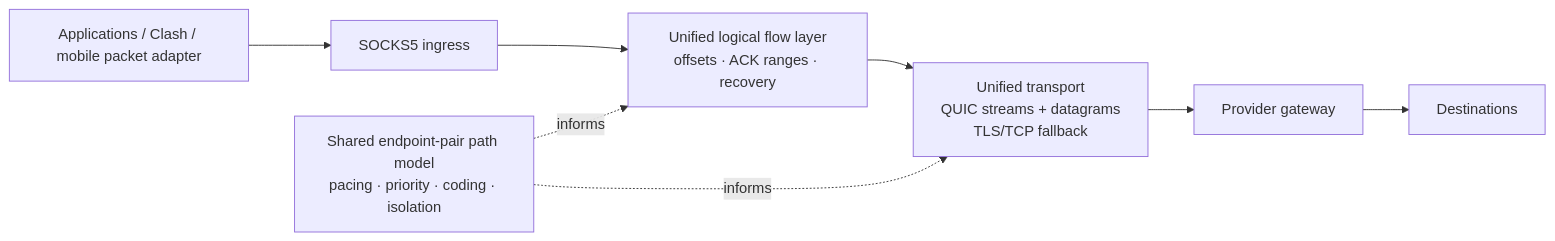
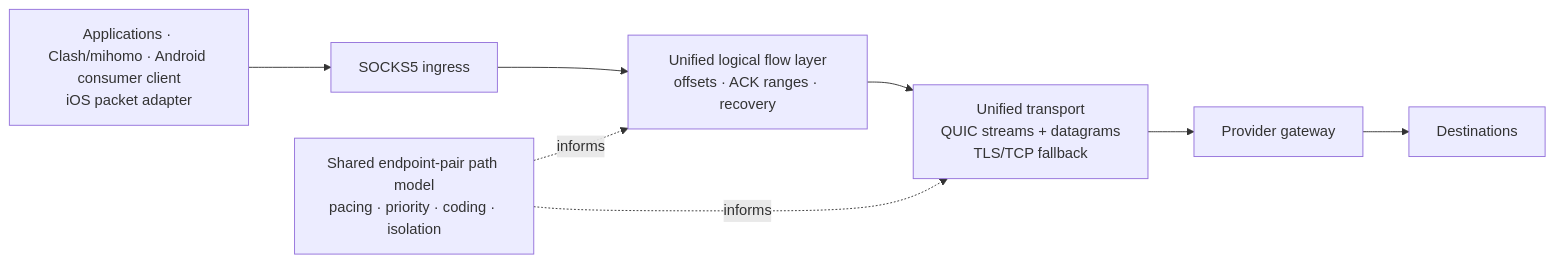
Before and after one commit to 4fuu/niulang: the second of 2 diagrams in README.md, drawn with Mermaid. The commit also changed other lines of this file and 2 other files, not shown here.

First line of the commit message:
docs: state the mobile limits and gates per platform

````diff
--- a/README.md
+++ b/README.md
@@ -92,14 +92,14 @@
 ```mermaid
 flowchart LR
-    A[Applications / Clash / mobile packet adapter]
+    A[Applications · Clash/mihomo · Android consumer client<br/>iOS packet adapter]
     B[SOCKS5 ingress]
     C[Unified logical flow layer<br/>offsets · ACK ranges · recovery]
     D[Unified transport<br/>QUIC streams + datagrams<br/>TLS/TCP fallback]
     E[Provider gateway]
     F[Destinations]
     P[Shared endpoint-pair path model<br/>pacing · priority · coding · isolation]
 
     A --> B --> C --> D --> E --> F
     P -. informs .-> C
     P -. informs .-> D
 ```
````
